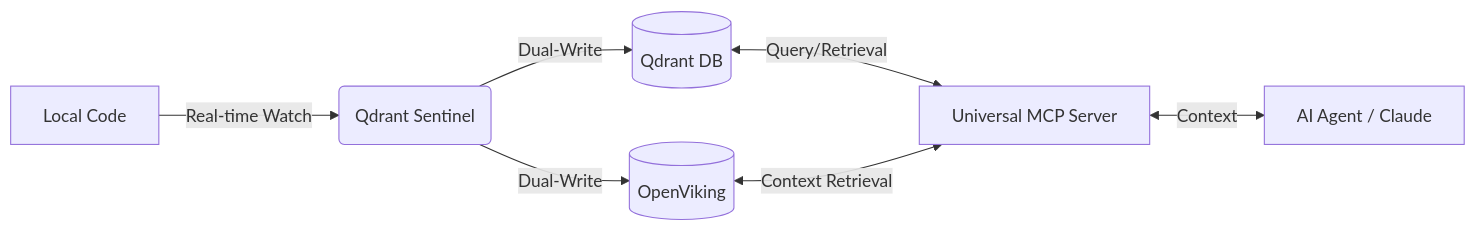
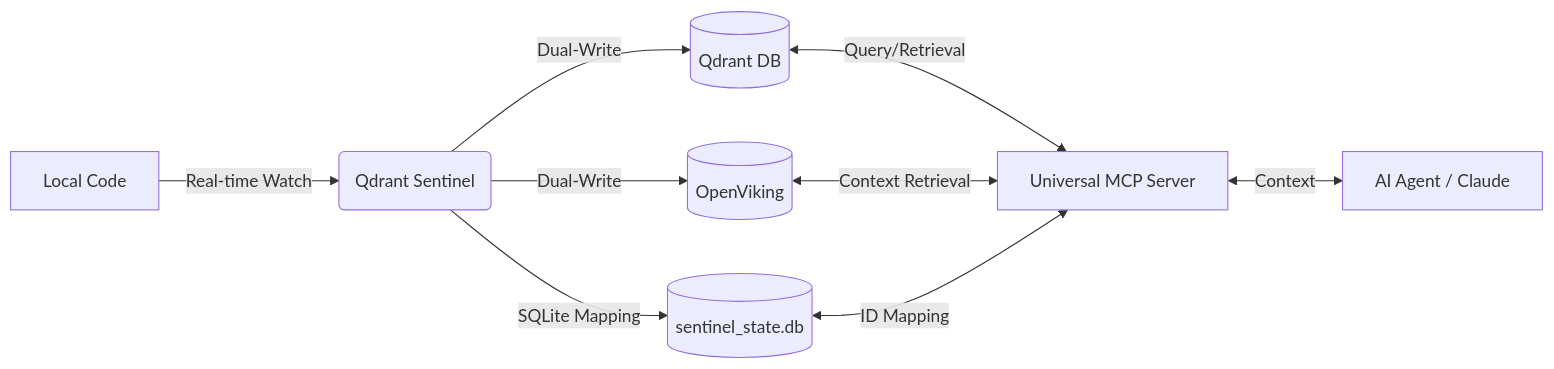
The diagram in README.md (neco001/Qdrant_Sentinel), drawn with Mermaid before and after one commit. The commit also changed other lines of this file and 1 other file, not shown here.

````diff
--- a/README.md
+++ b/README.md
@@ -13,9 +13,11 @@
 ```mermaid
 graph LR
     A[Local Code] -->|Real-time Watch| B(Qdrant Sentinel)
     B -->|Dual-Write| C[(Qdrant DB)]
     B -->|Dual-Write| D[(OpenViking)]
-    C <-->|Query/Retrieval| E[Universal MCP Server]
-    D <-->|Context Retrieval| E
-    E <-->|Context| F[AI Agent / Claude]
+    B -->|SQLite Mapping| E[(sentinel_state.db)]
+    C <-->|Query/Retrieval| F[Universal MCP Server]
+    D <-->|Context Retrieval| F
+    E <-->|ID Mapping| F
+    F <-->|Context| G[AI Agent / Claude]
 ```
````
